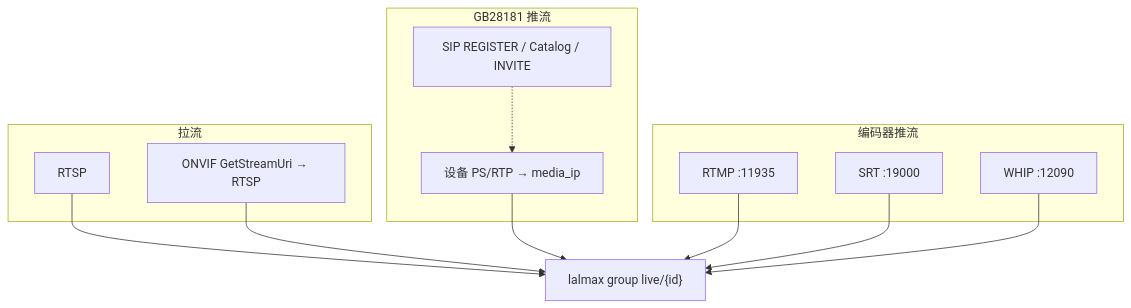
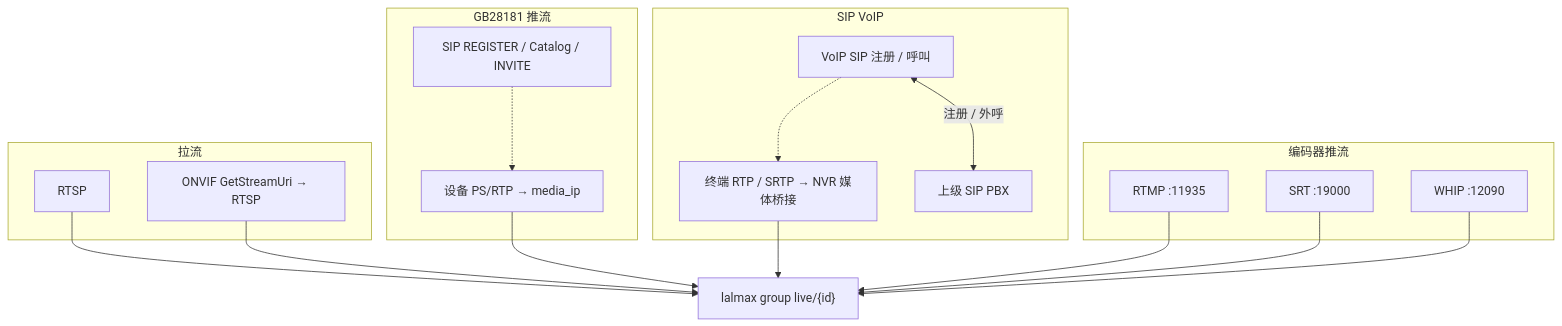
One commit to lalmax-pro/lalmax-nvr changed the second of 7 diagrams in docs/zh/architecture.md. Above: the diagram before and after it, drawn with Mermaid. The commit also changed other lines of this file and 1 other file, not shown here.

Commit message:
docs: show VoIP paths in architecture diagrams

````diff
--- a/docs/zh/architecture.md
+++ b/docs/zh/architecture.md
@@ -82,24 +95,32 @@
 ```mermaid
 flowchart TB
   subgraph pull [拉流]
     RTSP[RTSP]
     ONVIF["ONVIF GetStreamUri → RTSP"]
   end
   subgraph gb [GB28181 推流]
-    SIP["SIP REGISTER / Catalog / INVITE"]
+    GBSIP["SIP REGISTER / Catalog / INVITE"]
     RTP["设备 PS/RTP → media_ip"]
+  end
+  subgraph voip [SIP VoIP]
+    VoIPSIP["VoIP SIP 注册 / 呼叫"]
+    VoIPMedia["终端 RTP / SRTP → NVR 媒体桥接"]
+    PBX[上级 SIP PBX]
   end
   subgraph pub [编码器推流]
     RTMP[RTMP :11935]
     SRT[SRT :19000]
     WHIP["WHIP :12090"]
   end
   Group["lalmax group live/{id}"]
   RTSP --> Group
   ONVIF --> Group
-  SIP -.-> RTP
+  GBSIP -.-> RTP
   RTP --> Group
+  VoIPSIP -.-> VoIPMedia
+  VoIPSIP <-->|注册 / 外呼| PBX
+  VoIPMedia --> Group
   RTMP --> Group
   SRT --> Group
   WHIP --> Group
 ```
````
